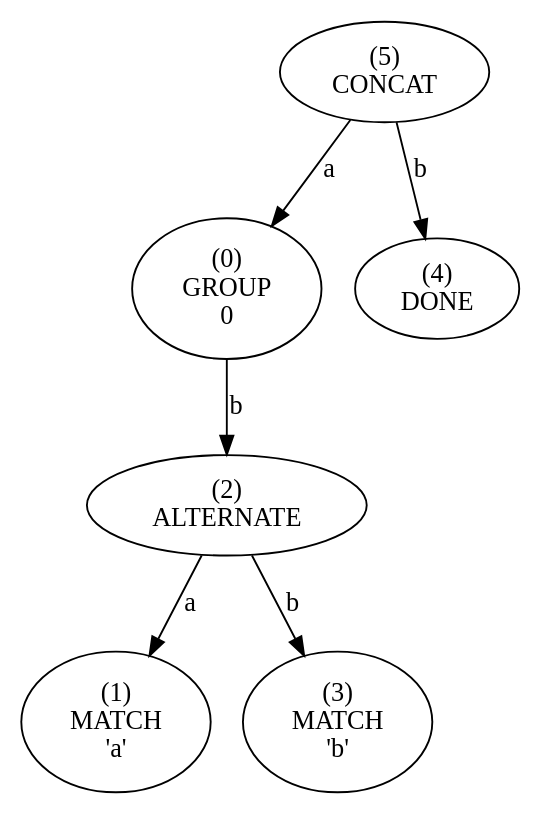
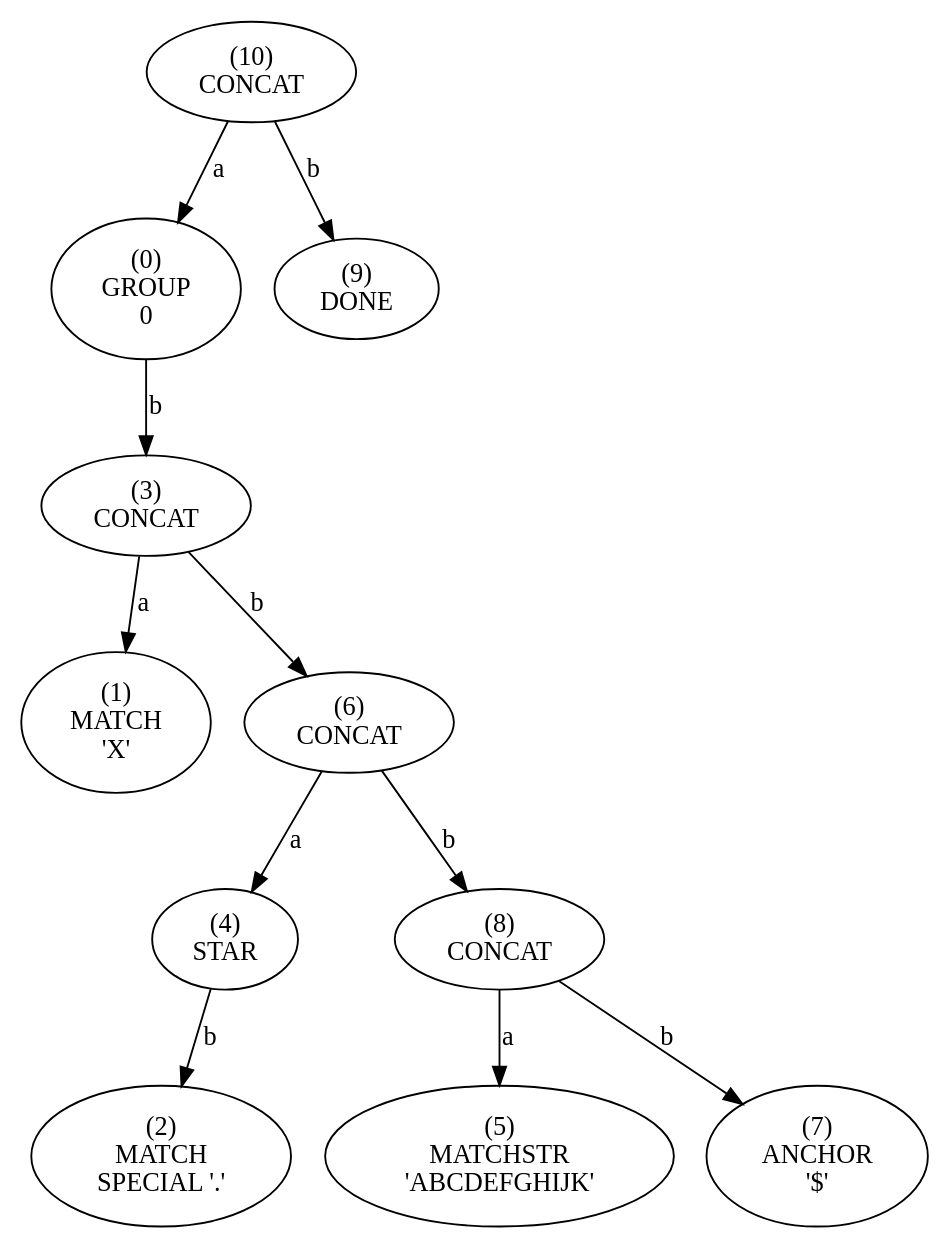
The diagram in tree/lee.dot (essele/rele), drawn with Graphviz before and after one commit. The commit also changed 17 other files, not shown here.

```diff
--- a/tree/lee.dot
+++ b/tree/lee.dot
@@ -1,25 +1,45 @@
 digraph tree {
-    n0xba1dc5d793a0 [label="(5)
+    n0xb85995d37420 [label="(10)
 CONCAT
 "];
-    n0xba1dc5d793a0 -> n0xba1dc5d792d8 [label="a"];
-    n0xba1dc5d792d8 [label="(0)
+    n0xb85995d37420 -> n0xb85995d372e0 [label="a"];
+    n0xb85995d372e0 [label="(0)
 GROUP
 0"];
-    n0xba1dc5d792d8 -> n0xba1dc5d79328 [label="b"];
-    n0xba1dc5d79328 [label="(2)
-ALTERNATE
+    n0xb85995d372e0 -> n0xb85995d37340 [label="b"];
+    n0xb85995d37340 [label="(3)
+CONCAT
 "];
-    n0xba1dc5d79328 -> n0xba1dc5d79300 [label="a"];
-    n0xba1dc5d79300 [label="(1)
+    n0xb85995d37340 -> n0xb85995d37300 [label="a"];
+    n0xb85995d37300 [label="(1)
 MATCH
-'a'"];
-    n0xba1dc5d79328 -> n0xba1dc5d79350 [label="b"];
-    n0xba1dc5d79350 [label="(3)
+'X'"];
+    n0xb85995d37340 -> n0xb85995d373a0 [label="b"];
+    n0xb85995d373a0 [label="(6)
+CONCAT
+"];
+    n0xb85995d373a0 -> n0xb85995d37360 [label="a"];
+    n0xb85995d37360 [label="(4)
+STAR
+"];
+    n0xb85995d37360 -> n0xb85995d37320 [label="b"];
+    n0xb85995d37320 [label="(2)
 MATCH
-'b'"];
-    n0xba1dc5d793a0 -> n0xba1dc5d79378 [label="b"];
-    n0xba1dc5d79378 [label="(4)
+SPECIAL '.'"];
+    n0xb85995d373a0 -> n0xb85995d373e0 [label="b"];
+    n0xb85995d373e0 [label="(8)
+CONCAT
+"];
+    n0xb85995d373e0 -> n0xb85995d37380 [label="a"];
+    n0xb85995d37380 [label="(5)
+MATCHSTR
+'ABCDEFGHIJK'"];
+    n0xb85995d373e0 -> n0xb85995d373c0 [label="b"];
+    n0xb85995d373c0 [label="(7)
+ANCHOR
+'$'"];
+    n0xb85995d37420 -> n0xb85995d37400 [label="b"];
+    n0xb85995d37400 [label="(9)
 DONE
 "];
 }
```
